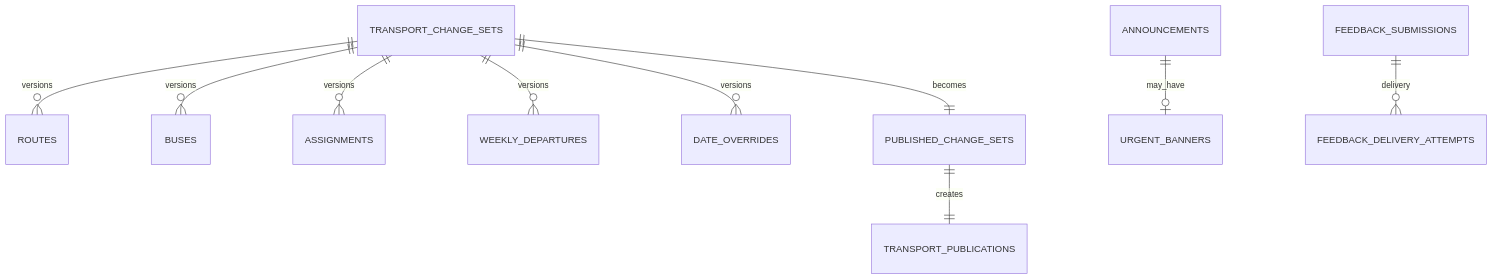
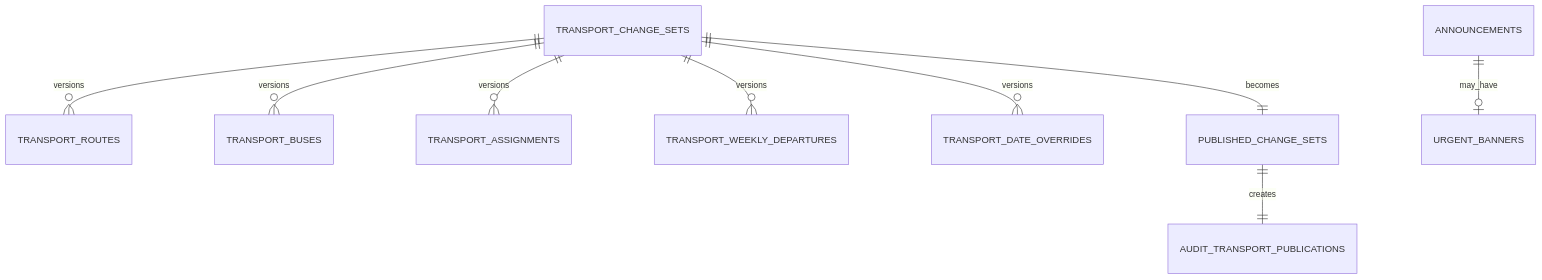
The diagram in docs/design/data-model.md (DaniyalZaki/TransportManagementSystem), drawn with Mermaid before and after one commit. The commit also changed other lines of this file and 31 other files, not shown here.

````diff
--- a/docs/design/data-model.md
+++ b/docs/design/data-model.md
@@ -18,12 +21,11 @@
 ```mermaid
 erDiagram
-  TRANSPORT_CHANGE_SETS ||--o{ ROUTES : versions
-  TRANSPORT_CHANGE_SETS ||--o{ BUSES : versions
-  TRANSPORT_CHANGE_SETS ||--o{ ASSIGNMENTS : versions
-  TRANSPORT_CHANGE_SETS ||--o{ WEEKLY_DEPARTURES : versions
-  TRANSPORT_CHANGE_SETS ||--o{ DATE_OVERRIDES : versions
+  TRANSPORT_CHANGE_SETS ||--o{ TRANSPORT_ROUTES : versions
+  TRANSPORT_CHANGE_SETS ||--o{ TRANSPORT_BUSES : versions
+  TRANSPORT_CHANGE_SETS ||--o{ TRANSPORT_ASSIGNMENTS : versions
+  TRANSPORT_CHANGE_SETS ||--o{ TRANSPORT_WEEKLY_DEPARTURES : versions
+  TRANSPORT_CHANGE_SETS ||--o{ TRANSPORT_DATE_OVERRIDES : versions
   TRANSPORT_CHANGE_SETS ||--|| PUBLISHED_CHANGE_SETS : becomes
-  PUBLISHED_CHANGE_SETS ||--|| TRANSPORT_PUBLICATIONS : creates
+  PUBLISHED_CHANGE_SETS ||--|| AUDIT_TRANSPORT_PUBLICATIONS : creates
   ANNOUNCEMENTS ||--o| URGENT_BANNERS : may_have
-  FEEDBACK_SUBMISSIONS ||--o{ FEEDBACK_DELIVERY_ATTEMPTS : delivery
 ```
````
